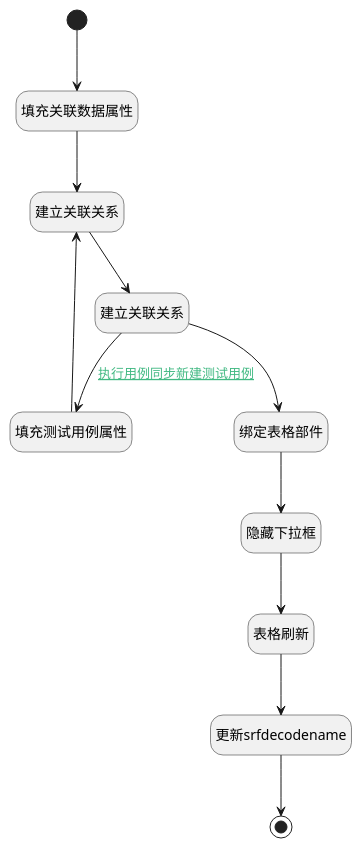
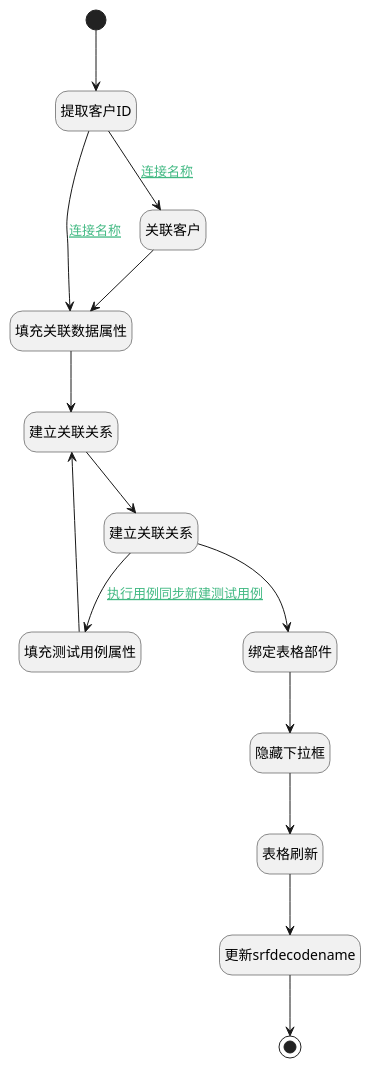
The diagram in doc/docsify/module/Base/recent/uilogic/create_double_relation.md (iBizLab/plm), drawn with PlantUML before and after one commit. The commit also changed other lines of this file and 726 other files, not shown here.

````diff
--- a/doc/docsify/module/Base/recent/uilogic/create_double_relation.md
+++ b/doc/docsify/module/Base/recent/uilogic/create_double_relation.md
@@ -7,36 +7,41 @@
 ```plantuml
 @startuml
 hide footbox
 <style>
 root {
   HyperlinkColor #42b983
 }
 </style>
 
 hide empty description
 state "开始" as Begin <<start>> [[$./create_double_relation#begin {开始}]]
-state "结束" as END1 <<end>> [[$./create_double_relation#end1 {结束}]]
-state "填充关联数据属性" as PREPAREJSPARAM1  [[$./create_double_relation#preparejsparam1 {填充关联数据属性}]]
-state "表格刷新" as VIEWCTRLINVOKE1  [[$./create_double_relation#viewctrlinvoke1 {表格刷新}]]
-state "更新srfdecodename" as RAWJSCODE3  [[$./create_double_relation#rawjscode3 {更新srfdecodename}]]
-state "隐藏下拉框" as RAWJSCODE2  [[$./create_double_relation#rawjscode2 {隐藏下拉框}]]
+state "提取客户ID" as RAWJSCODE4  [[$./create_double_relation#rawjscode4 {提取客户ID}]]
 state "绑定表格部件" as PREPAREJSPARAM2  [[$./create_double_relation#preparejsparam2 {绑定表格部件}]]
 state "填充测试用例属性" as PREPAREJSPARAM3  [[$./create_double_relation#preparejsparam3 {填充测试用例属性}]]
+state "建立关联关系" as DEACTION1  [[$./create_double_relation#deaction1 {建立关联关系}]]
+state "填充关联数据属性" as PREPAREJSPARAM1  [[$./create_double_relation#preparejsparam1 {填充关联数据属性}]]
+state "更新srfdecodename" as RAWJSCODE3  [[$./create_double_relation#rawjscode3 {更新srfdecodename}]]
+state "结束" as END1 <<end>> [[$./create_double_relation#end1 {结束}]]
+state "隐藏下拉框" as RAWJSCODE2  [[$./create_double_relation#rawjscode2 {隐藏下拉框}]]
 state "建立关联关系" as DEACTION2  [[$./create_double_relation#deaction2 {建立关联关系}]]
-state "建立关联关系" as DEACTION1  [[$./create_double_relation#deaction1 {建立关联关系}]]
+state "表格刷新" as VIEWCTRLINVOKE1  [[$./create_double_relation#viewctrlinvoke1 {表格刷新}]]
+state "关联客户" as DEACTION3  [[$./create_double_relation#deaction3 {关联客户}]]
 
 
-Begin --> PREPAREJSPARAM1
+Begin --> RAWJSCODE4
+RAWJSCODE4 --> DEACTION3 : [[$./create_double_relation#rawjscode4-deaction3{连接名称} 连接名称]]
+DEACTION3 --> PREPAREJSPARAM1
 PREPAREJSPARAM1 --> DEACTION1
 DEACTION1 --> DEACTION2
 DEACTION2 --> PREPAREJSPARAM3 : [[$./create_double_relation#deaction2-preparejsparam3{执行用例同步新建测试用例} 执行用例同步新建测试用例]]
 PREPAREJSPARAM3 --> DEACTION1
 DEACTION2 --> PREPAREJSPARAM2
 PREPAREJSPARAM2 --> RAWJSCODE2
 RAWJSCODE2 --> VIEWCTRLINVOKE1
 VIEWCTRLINVOKE1 --> RAWJSCODE3
 RAWJSCODE3 --> END1
+RAWJSCODE4 --> PREPAREJSPARAM1 : [[$./create_double_relation#rawjscode4-preparejsparam1{连接名称} 连接名称]]
 
 
 @enduml
 ```
````
